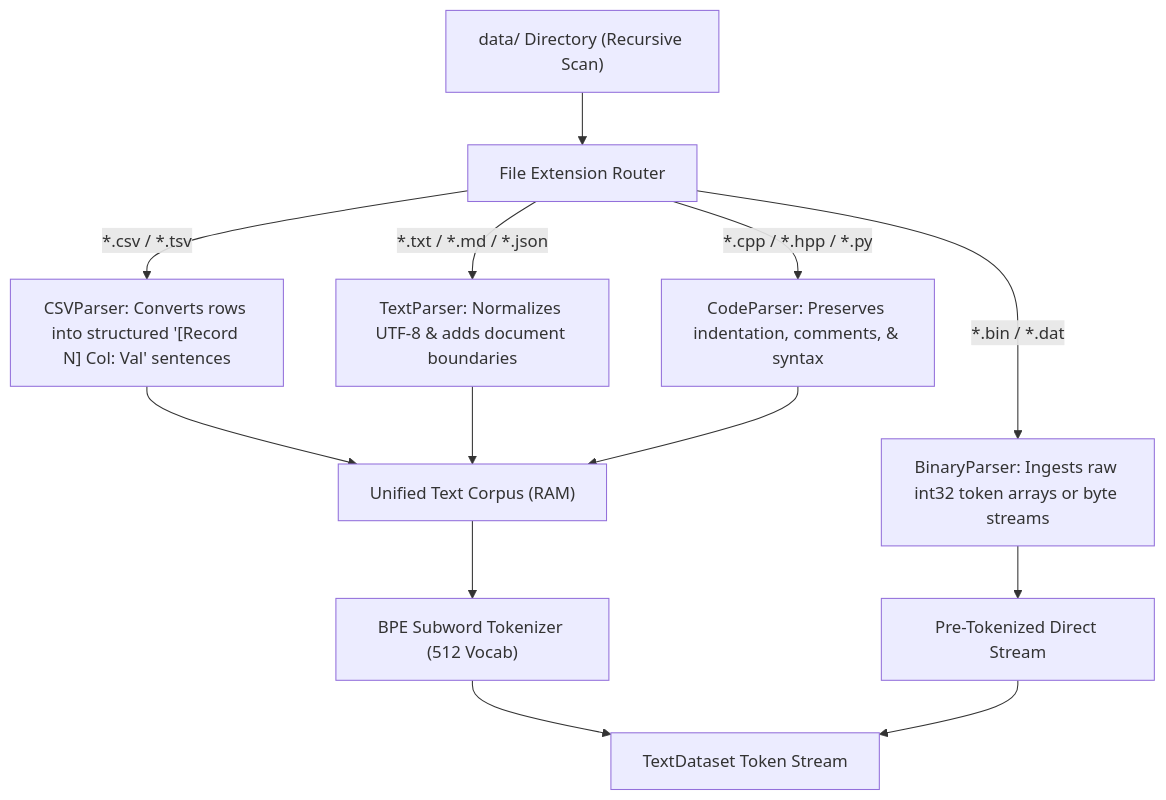
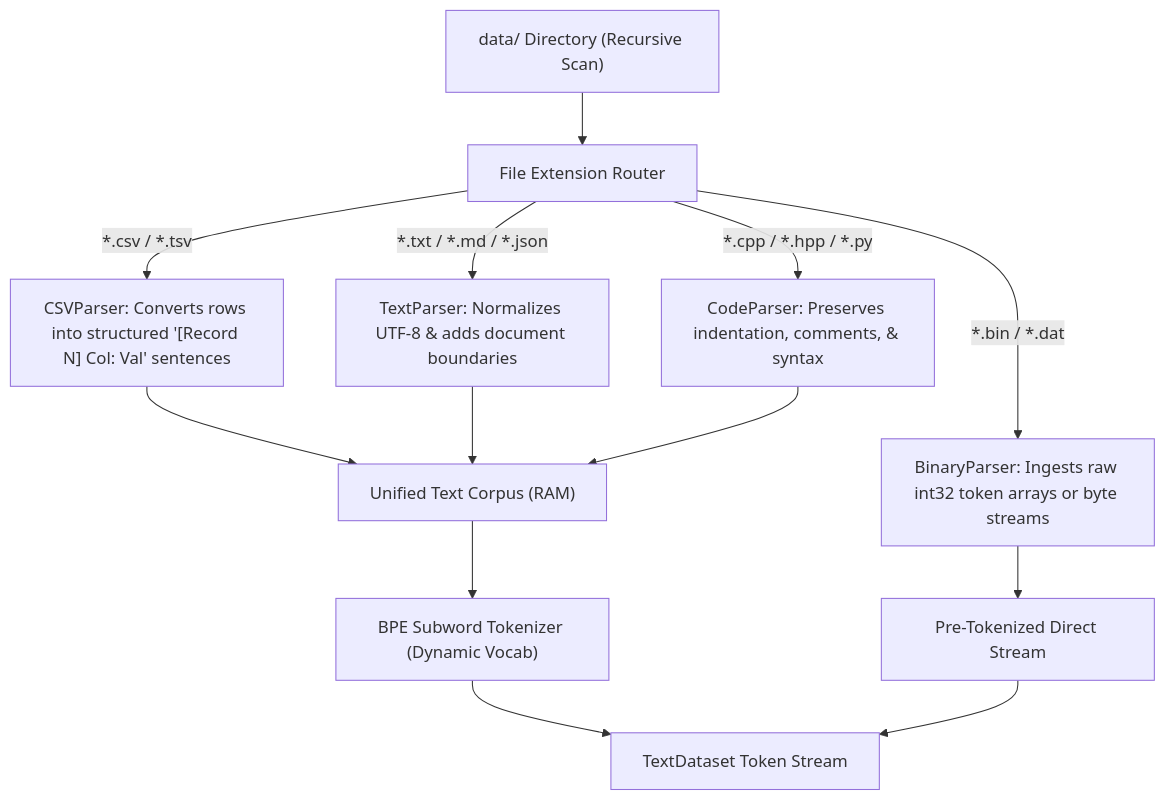
The second of 2 diagrams in NeuralNet Obsidian/04 - Ring 3 (Data & Training Pipelines)/Universal Data Ingestion (CSV, TXT, BIN).md (Heaplyn/NeuralNet), drawn with Mermaid before and after one commit. The commit also changed other lines of this file and 15 other files, not shown here.

````diff
--- a/NeuralNet Obsidian/04 - Ring 3 (Data & Training Pipelines)/Universal Data Ingestion (CSV, TXT, BIN).md
+++ b/NeuralNet Obsidian/04 - Ring 3 (Data & Training Pipelines)/Universal Data Ingestion (CSV, TXT, BIN).md
@@ -22,18 +49,18 @@
 ```mermaid
 graph TD
     DataDir["data/ Directory (Recursive Scan)"] --> Router["File Extension Router"]
     
     Router -->|*.csv / *.tsv| CSV["CSVParser: Converts rows into structured '[Record N] Col: Val' sentences"]
     Router -->|*.txt / *.md / *.json| TXT["TextParser: Normalizes UTF-8 & adds document boundaries"]
     Router -->|*.cpp / *.hpp / *.py| CODE["CodeParser: Preserves indentation, comments, & syntax"]
     Router -->|*.bin / *.dat| BIN["BinaryParser: Ingests raw int32 token arrays or byte streams"]
     
     CSV --> Corpus["Unified Text Corpus (RAM)"]
     TXT --> Corpus
     CODE --> Corpus
     BIN --> BinaryStream["Pre-Tokenized Direct Stream"]
     
-    Corpus --> BPE["BPE Subword Tokenizer (512 Vocab)"]
+    Corpus --> BPE["BPE Subword Tokenizer (Dynamic Vocab)"]
     BPE --> Dataset["TextDataset Token Stream"]
     BinaryStream --> Dataset
 ```
````
